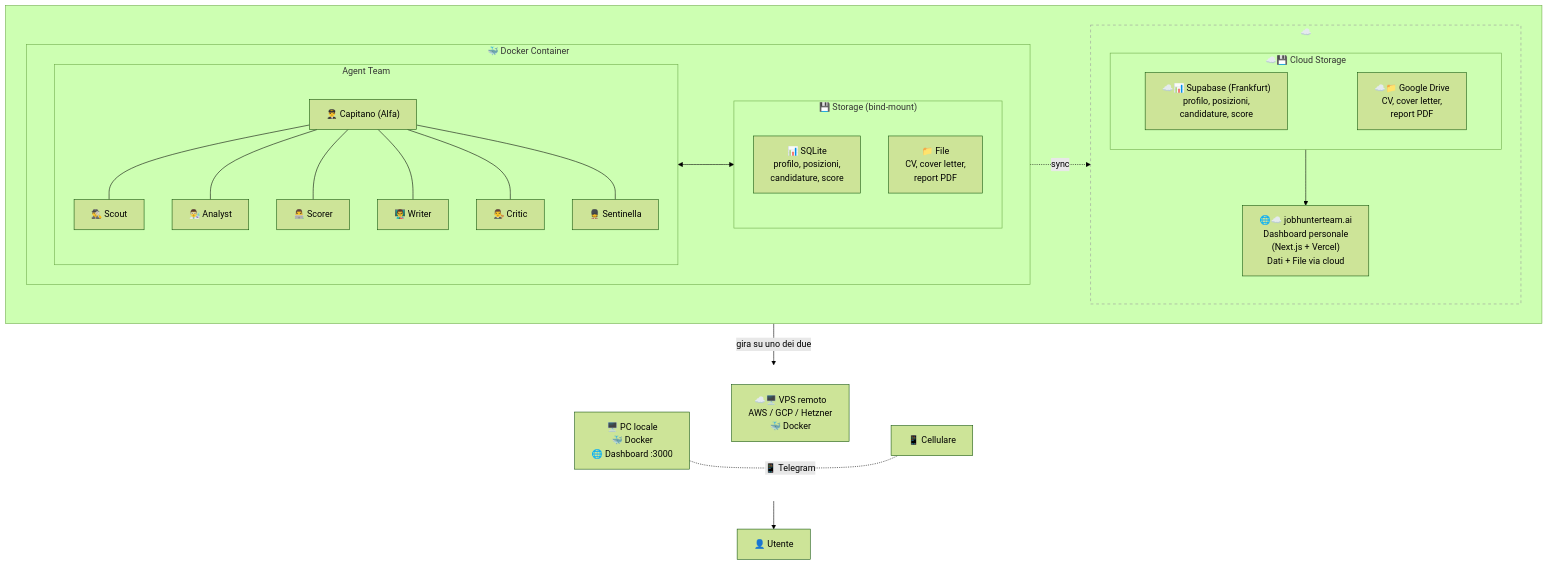
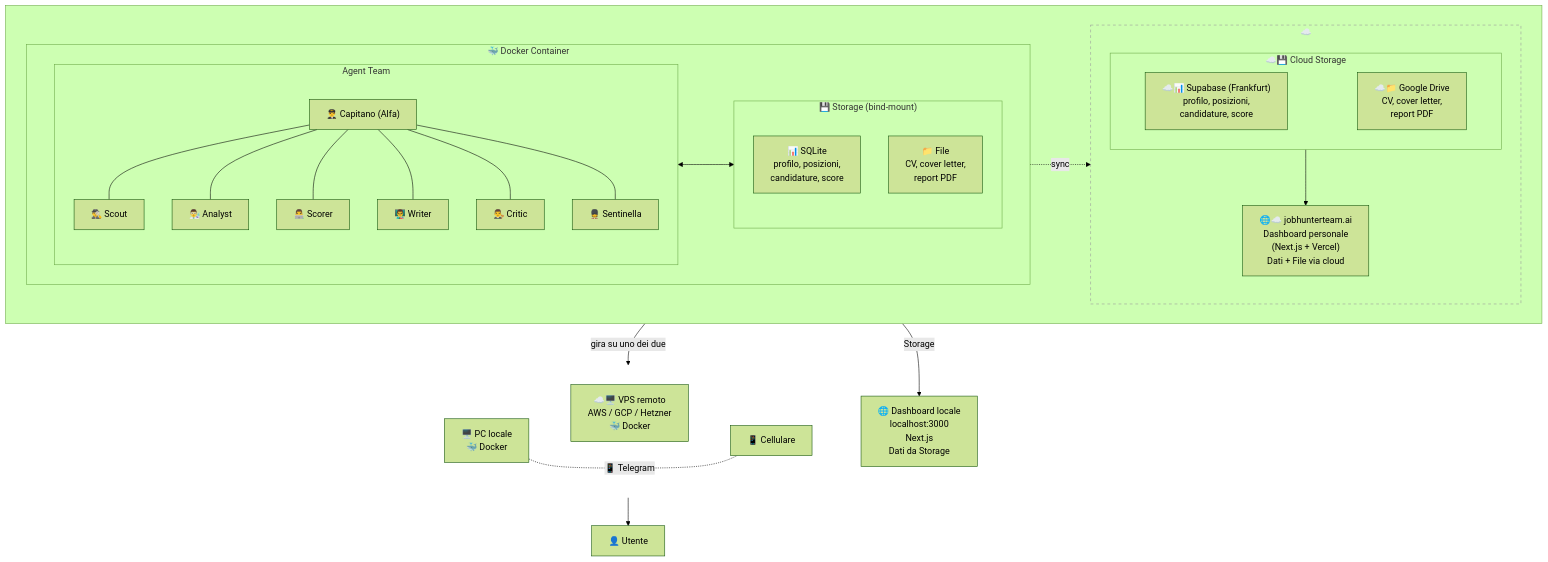
Before and after one commit to leopu00/job-hunter-team: the diagram in docs/infra.mmd, drawn with Mermaid (forest theme). The commit also changed 1 other file, not shown here.

Commit message:
docs(infra): add Dashboard locale, white bg, layout fixes
Dashboard localhost:3000 as standalone box connected from Storage.
White background for PNG visibility on dark themes.

```diff
--- a/docs/infra.mmd
+++ b/docs/infra.mmd
@@ -1,61 +1,64 @@
 graph TB
     subgraph Row1[" "]
         direction LR
 
         subgraph Docker["🐳 Docker Container"]
             direction LR
             subgraph Team["Agent Team"]
                 direction TB
                 Capitano["👨‍✈️ Capitano (Alfa)"]
                 Scout["🕵️‍♂️ Scout"]
                 Analyst["👨‍🔬 Analyst"]
                 Scorer["👨‍💻 Scorer"]
                 Writer["👨‍🏫 Writer"]
                 Critic["👨‍⚖️ Critic"]
                 Sentinella["💂 Sentinella"]
                 Capitano --- Scout
                 Capitano --- Analyst
                 Capitano --- Scorer
                 Capitano --- Writer
                 Capitano --- Critic
                 Capitano --- Sentinella
             end
             subgraph Storage["💾 Storage (bind-mount)"]
                 direction TB
                 SQLite["📊 SQLite<br/>profilo, posizioni,<br/>candidature, score"]
                 File["📁 File<br/>CV, cover letter,<br/>report PDF"]
             end
             Team <--> Storage
         end
 
         subgraph CloudCol["☁️"]
             direction TB
             subgraph Cloud["☁️💾 Cloud Storage"]
                 direction LR
                 Supabase["☁️📊 Supabase (Frankfurt)<br/>profilo, posizioni,<br/>candidature, score"]
                 GDrive["☁️📁 Google Drive<br/>CV, cover letter,<br/>report PDF"]
                 Supabase ~~~ GDrive
             end
             Site["🌐☁️ jobhunterteam.ai<br/>Dashboard personale<br/>(Next.js + Vercel)<br/>Dati + File via cloud"]
             Cloud --> Site
         end
 
         Storage -. sync .-> CloudCol
     end
 
+    Dashboard["🌐 Dashboard locale<br/>localhost:3000<br/>Next.js<br/>Dati da Storage"]
+
     subgraph Row2[" "]
         direction LR
-        PC["🖥️ PC locale<br/>🐳 Docker<br/>🌐 Dashboard :3000"]
+        PC["🖥️ PC locale<br/>🐳 Docker"]
         VPS["☁️🖥️ VPS remoto<br/>AWS / GCP / Hetzner<br/>🐳 Docker"]
         Cell["📱 Cellulare"]
         PC ~~~ VPS ~~~ Cell
         PC -. "📱 Telegram" .- Cell
     end
 
     Utente["👤 Utente"]
 
     Row1 -- "gira su uno dei due" --> Row2
+    Row1 -- "Storage" --> Dashboard
     Row2 --> Utente
 
     style Row2 fill:none,stroke:none,color:transparent
     style CloudCol fill:none,stroke:#999,stroke-dasharray: 5 5
```
